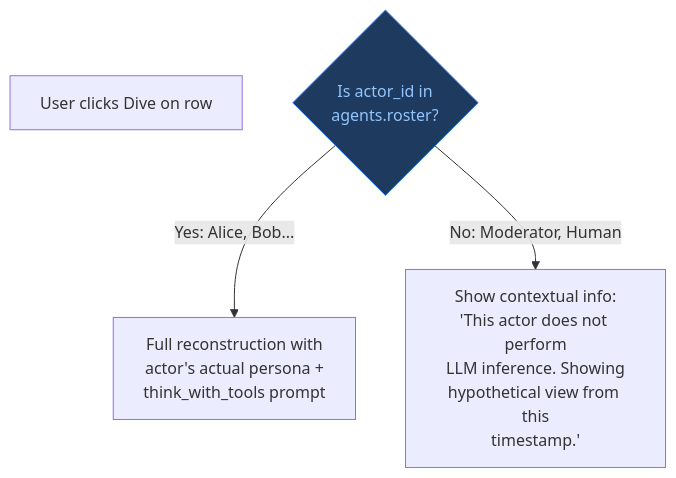
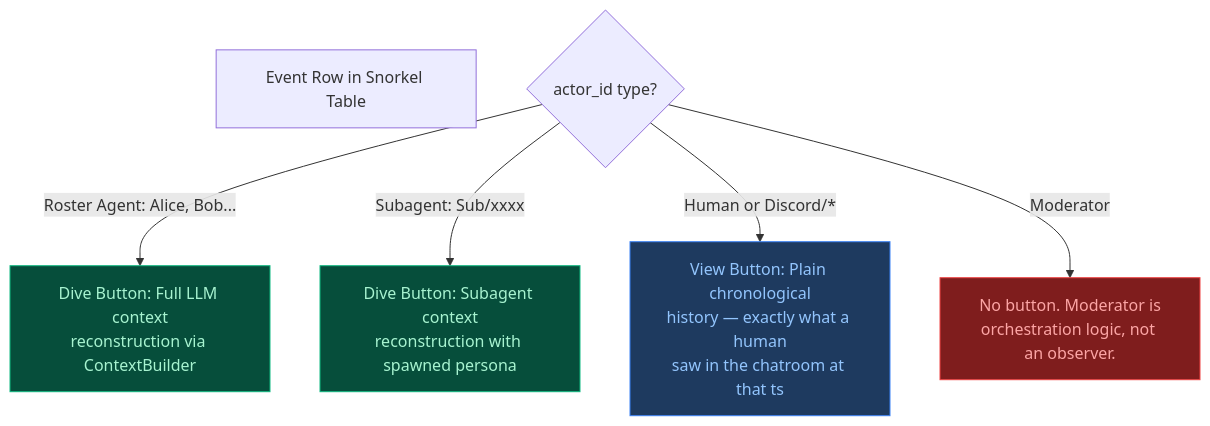
The fifth of 8 diagrams in docs/draft_pt20_validate.md (qzyu999/ContainerClaw), drawn with Mermaid before and after one commit. The commit also changed other lines of this file, not shown here.

````diff
--- a/docs/draft_pt20_validate.md
+++ b/docs/draft_pt20_validate.md
@@ -426,10 +452,15 @@
 ```mermaid
 flowchart TD
-    ROW["User clicks Dive on row"]
-    CHECK{"Is actor_id in<br/>agents.roster?"}
+    ROW["Event Row in Snorkel Table"]
+    CHECK{"actor_id type?"}
     
-    CHECK -->|Yes: Alice, Bob...| AGENT_DIVE["Full reconstruction with<br/>actor's actual persona +<br/>think_with_tools prompt"]
-    CHECK -->|No: Moderator, Human| INFO_DIVE["Show contextual info:<br/>'This actor does not perform<br/>LLM inference. Showing<br/>hypothetical view from this<br/>timestamp.'"]
+    CHECK -->|Roster Agent: Alice, Bob...| AGENT_DIVE["Dive Button: Full LLM context<br/>reconstruction via ContextBuilder"]
+    CHECK -->|Subagent: Sub/xxxx| SUB_DIVE["Dive Button: Subagent context<br/>reconstruction with spawned persona"]
+    CHECK -->|Human or Discord/*| HUMAN_VIEW["View Button: Plain chronological<br/>history — exactly what a human<br/>saw in the chatroom at that ts"]
+    CHECK -->|Moderator| NO_BUTTON["No button. Moderator is<br/>orchestration logic, not an observer."]
     
-    style CHECK fill:#1e3a5f,stroke:#3b82f6,color:#93c5fd
+    style AGENT_DIVE fill:#064e3b,stroke:#10b981,color:#a7f3d0
+    style SUB_DIVE fill:#064e3b,stroke:#10b981,color:#a7f3d0
+    style HUMAN_VIEW fill:#1e3a5f,stroke:#3b82f6,color:#93c5fd
+    style NO_BUTTON fill:#7f1d1d,stroke:#ef4444,color:#fca5a5
 ```
````
